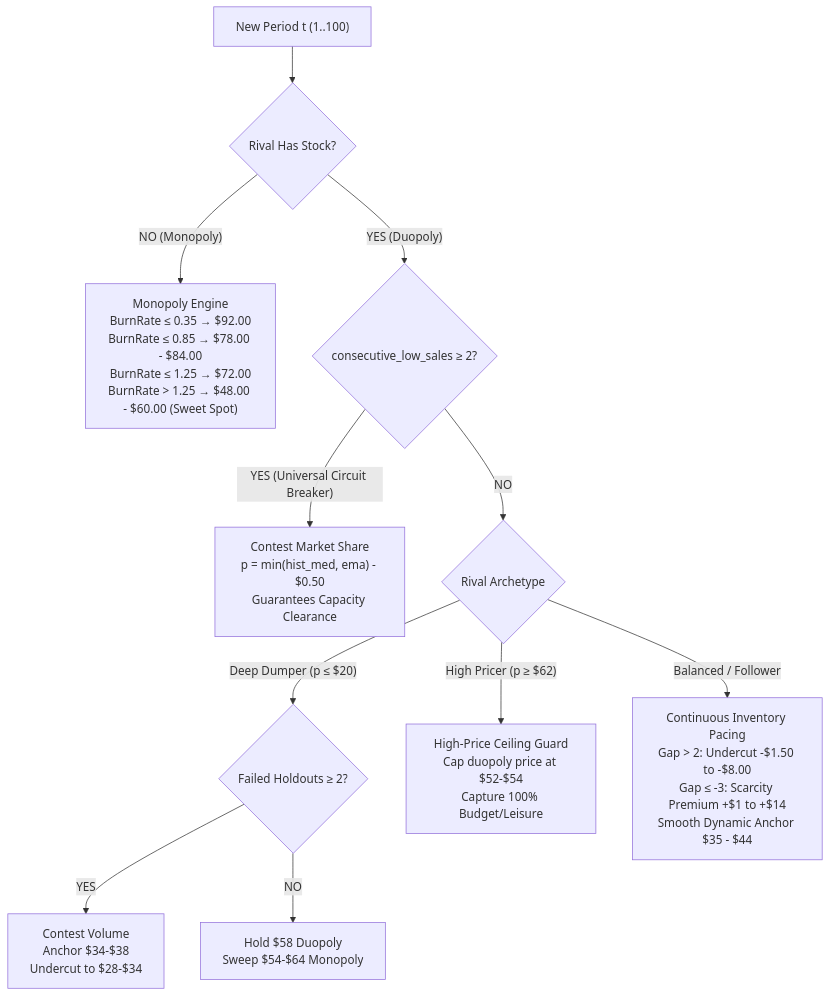
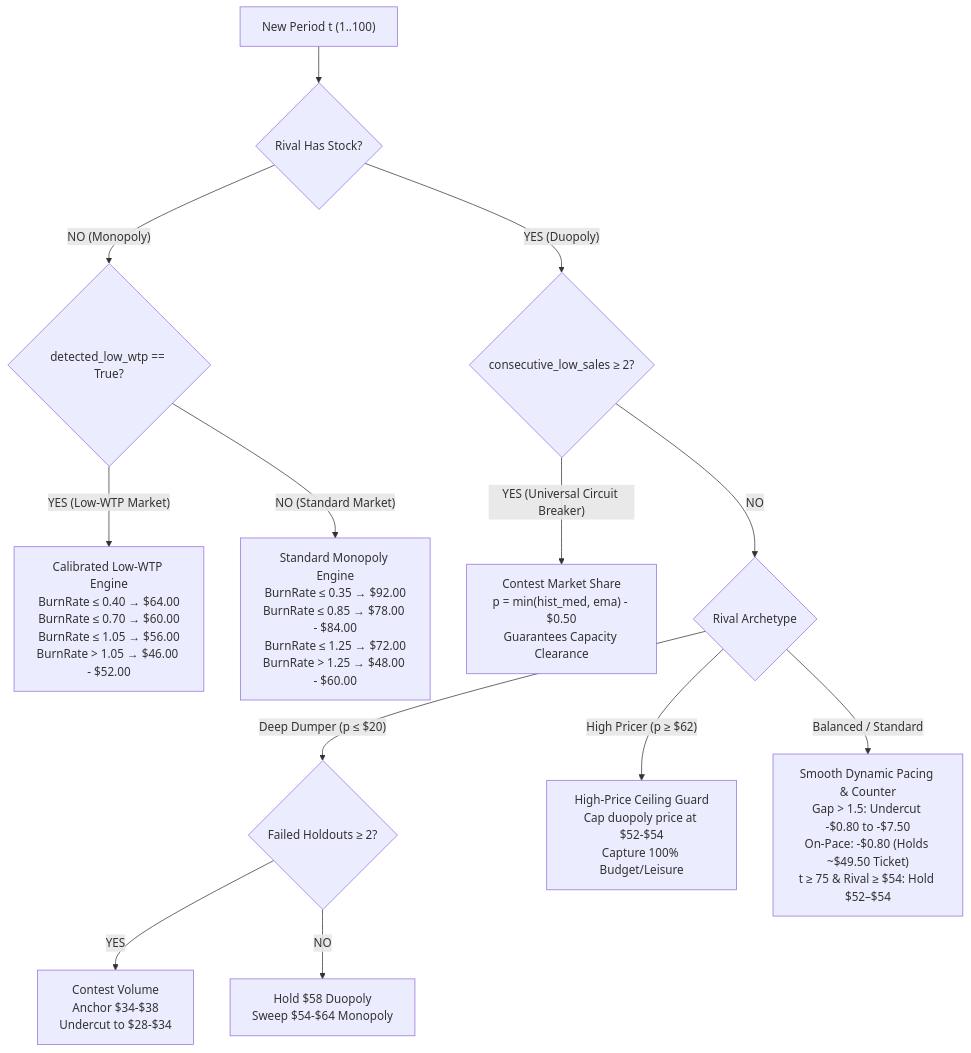
The diagram in README.md (RamezCh/Learning-Optimization), drawn with Mermaid before and after one commit. The commit also changed other lines of this file and 14 other files, not shown here.

````diff
--- a/README.md
+++ b/README.md
@@ -253,20 +253,22 @@
 ```mermaid
 flowchart TD
     Start["New Period t (1..100)"] --> StockCheck{"Rival Has Stock?"}
     
-    StockCheck -- "NO (Monopoly)" --> MonopolyEngine["Monopoly Engine<br/>BurnRate ≤ 0.35 → $92.00<br/>BurnRate ≤ 0.85 → $78.00 - $84.00<br/>BurnRate ≤ 1.25 → $72.00<br/>BurnRate > 1.25 → $48.00 - $60.00 (Sweet Spot)"]
+    StockCheck -- "NO (Monopoly)" --> WTPCheck{"detected_low_wtp == True?"}
+    WTPCheck -- "YES (Low-WTP Market)" --> LowWTPMonopoly["Calibrated Low-WTP Engine<br/>BurnRate ≤ 0.40 → $64.00<br/>BurnRate ≤ 0.70 → $60.00<br/>BurnRate ≤ 1.05 → $56.00<br/>BurnRate > 1.05 → $46.00 - $52.00"]
+    WTPCheck -- "NO (Standard Market)" --> MonopolyEngine["Standard Monopoly Engine<br/>BurnRate ≤ 0.35 → $92.00<br/>BurnRate ≤ 0.85 → $78.00 - $84.00<br/>BurnRate ≤ 1.25 → $72.00<br/>BurnRate > 1.25 → $48.00 - $60.00"]
     
     StockCheck -- "YES (Duopoly)" --> CBCheck{"consecutive_low_sales ≥ 2?"}
     
     CBCheck -- "YES (Universal Circuit Breaker)" --> ContestMarket["Contest Market Share<br/>p = min(hist_med, ema) - $0.50<br/>Guarantees Capacity Clearance"]
     
     CBCheck -- "NO" --> ArchetypeCheck{"Rival Archetype"}
     
     ArchetypeCheck -- "Deep Dumper (p ≤ $20)" --> DumperCircuit{"Failed Holdouts ≥ 2?"}
     DumperCircuit -- "YES" --> ContestDumper["Contest Volume<br/>Anchor $34-$38<br/>Undercut to $28-$34"]
     DumperCircuit -- "NO" --> HoldoutRule["Hold $58 Duopoly<br/>Sweep $54-$64 Monopoly"]
     
     ArchetypeCheck -- "High Pricer (p ≥ $62)" --> CeilingRule["High-Price Ceiling Guard<br/>Cap duopoly price at $52-$54<br/>Capture 100% Budget/Leisure"]
     
-    ArchetypeCheck -- "Balanced / Follower" --> PacingRule["Continuous Inventory Pacing<br/>Gap > 2: Undercut -$1.50 to -$8.00<br/>Gap ≤ -3: Scarcity Premium +$1 to +$14<br/>Smooth Dynamic Anchor $35 - $44"]
+    ArchetypeCheck -- "Balanced / Standard" --> PacingRule["Smooth Dynamic Pacing & Counter<br/>Gap > 1.5: Undercut -$0.80 to -$7.50<br/>On-Pace: -$0.80 (Holds ~$49.50 Ticket)<br/>t ≥ 75 & Rival ≥ $54: Hold $52–$54"]
 ```
````
